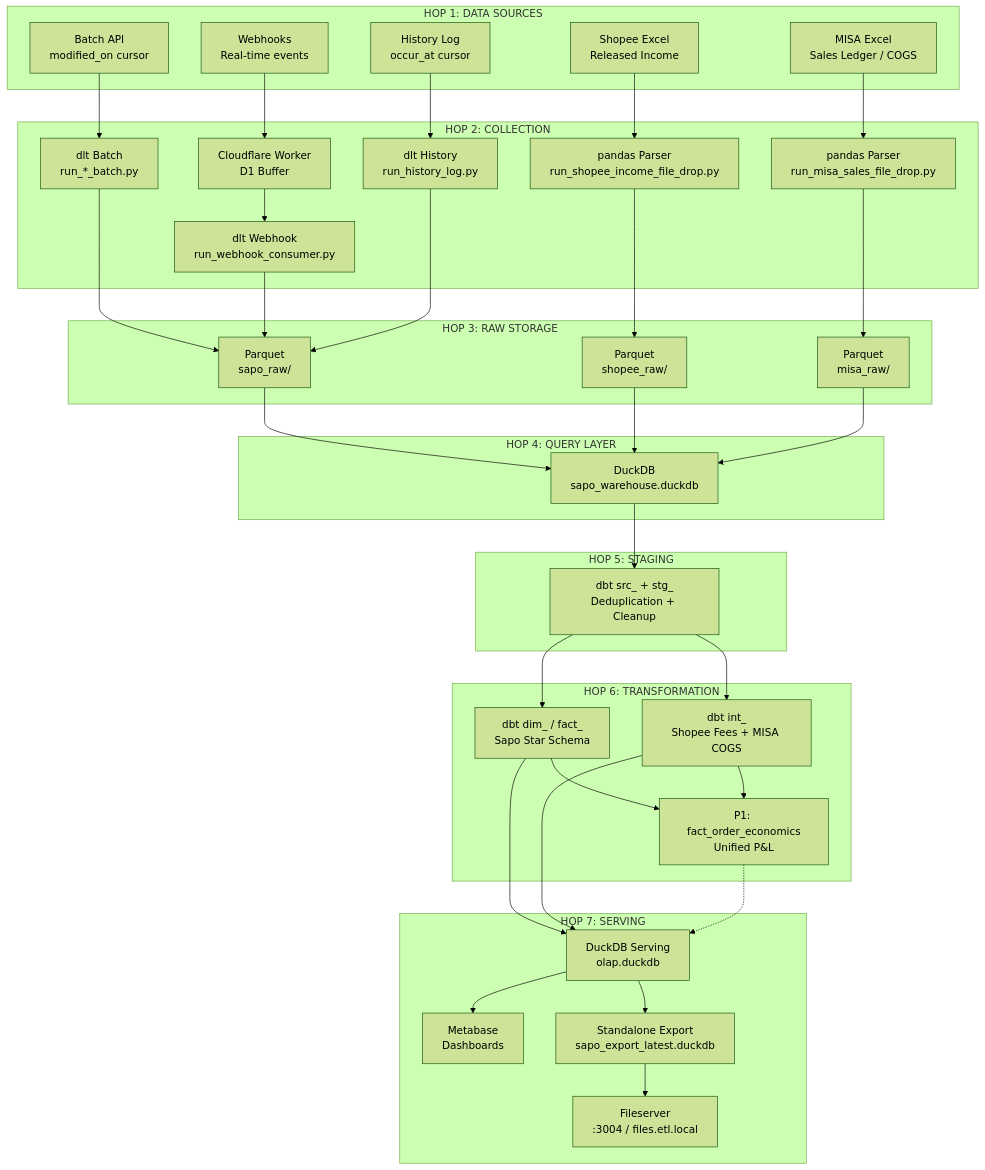
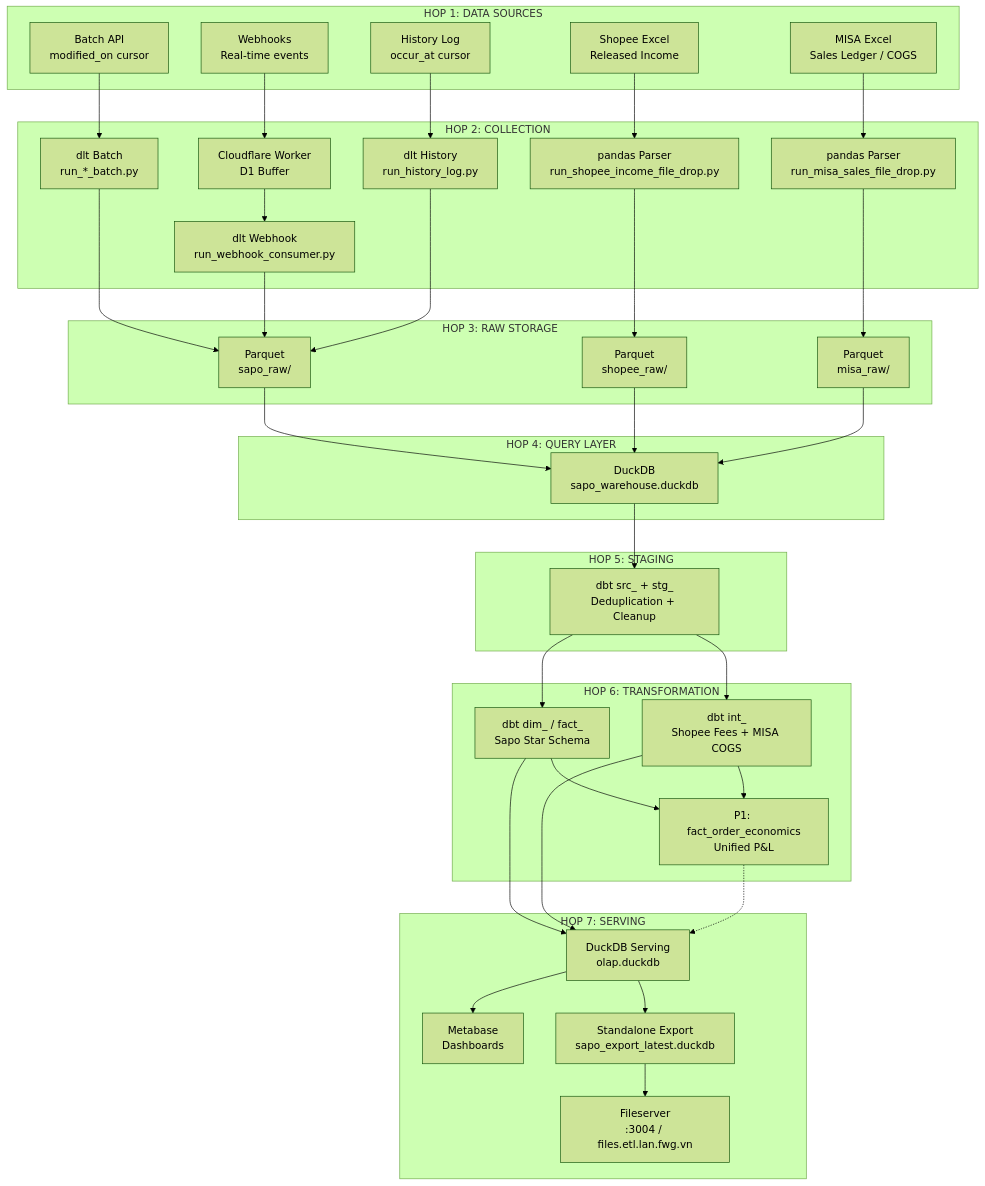
One commit to vantt/data-integration changed the diagram in docs/architecture/data-flow.md. Above: the diagram before and after it, drawn with Mermaid (forest theme). The commit also changed other lines of this file and 35 other files, not shown here.

First line of the commit message:
feat(infra): migrate service hostnames from *.local to *.lan.fwg.vn

````diff
--- a/docs/architecture/data-flow.md
+++ b/docs/architecture/data-flow.md
@@ -21,74 +21,74 @@
 ```mermaid
 flowchart TB
     subgraph HOP1["HOP 1: DATA SOURCES"]
         BA[Batch API<br/>modified_on cursor]
         WH[Webhooks<br/>Real-time events]
         HL[History Log<br/>occur_at cursor]
         SPE[Shopee Excel<br/>Released Income]
         MISA[MISA Excel<br/>Sales Ledger / COGS]
     end
 
     subgraph HOP2["HOP 2: COLLECTION"]
         DLT_B[dlt Batch<br/>run_*_batch.py]
         CF[Cloudflare Worker<br/>D1 Buffer]
         DLT_H[dlt History<br/>run_history_log.py]
         DLT_W[dlt Webhook<br/>run_webhook_consumer.py]
         FD_S[pandas Parser<br/>run_shopee_income_file_drop.py]
         FD_M[pandas Parser<br/>run_misa_sales_file_drop.py]
     end
 
     subgraph HOP3["HOP 3: RAW STORAGE"]
         PQ_SAPO[Parquet<br/>sapo_raw/]
         PQ_SHOP[Parquet<br/>shopee_raw/]
         PQ_MISA[Parquet<br/>misa_raw/]
     end
 
     subgraph HOP4["HOP 4: QUERY LAYER"]
         DUCK[DuckDB<br/>sapo_warehouse.duckdb]
     end
 
     subgraph HOP5["HOP 5: STAGING"]
         STG[dbt src_ + stg_<br/>Deduplication + Cleanup]
     end
 
     subgraph HOP6["HOP 6: TRANSFORMATION"]
         INT_SAPO[dbt dim_ / fact_<br/>Sapo Star Schema]
         INT_ENRICH[dbt int_<br/>Shopee Fees + MISA COGS]
         ECON[P1: fact_order_economics<br/>Unified P&L]
     end
 
     subgraph HOP7["HOP 7: SERVING"]
         SERVE[DuckDB Serving<br/>olap.duckdb]
         MB[Metabase<br/>Dashboards]
         EXP[Standalone Export<br/>sapo_export_latest.duckdb]
-        FS[Fileserver<br/>:3004 / files.etl.local]
+        FS[Fileserver<br/>:3004 / files.etl.lan.fwg.vn]
     end
 
     BA --> DLT_B
     WH --> CF
     HL --> DLT_H
     CF --> DLT_W
     SPE --> FD_S
     MISA --> FD_M
 
     DLT_B --> PQ_SAPO
     DLT_W --> PQ_SAPO
     DLT_H --> PQ_SAPO
     FD_S --> PQ_SHOP
     FD_M --> PQ_MISA
 
     PQ_SAPO --> DUCK
     PQ_SHOP --> DUCK
     PQ_MISA --> DUCK
     DUCK --> STG
     STG --> INT_SAPO
     STG --> INT_ENRICH
     INT_SAPO --> ECON
     INT_ENRICH --> ECON
     INT_SAPO --> SERVE
     INT_ENRICH --> SERVE
     ECON -.-> SERVE
     SERVE --> MB
     SERVE --> EXP
     EXP --> FS
 ```
````
